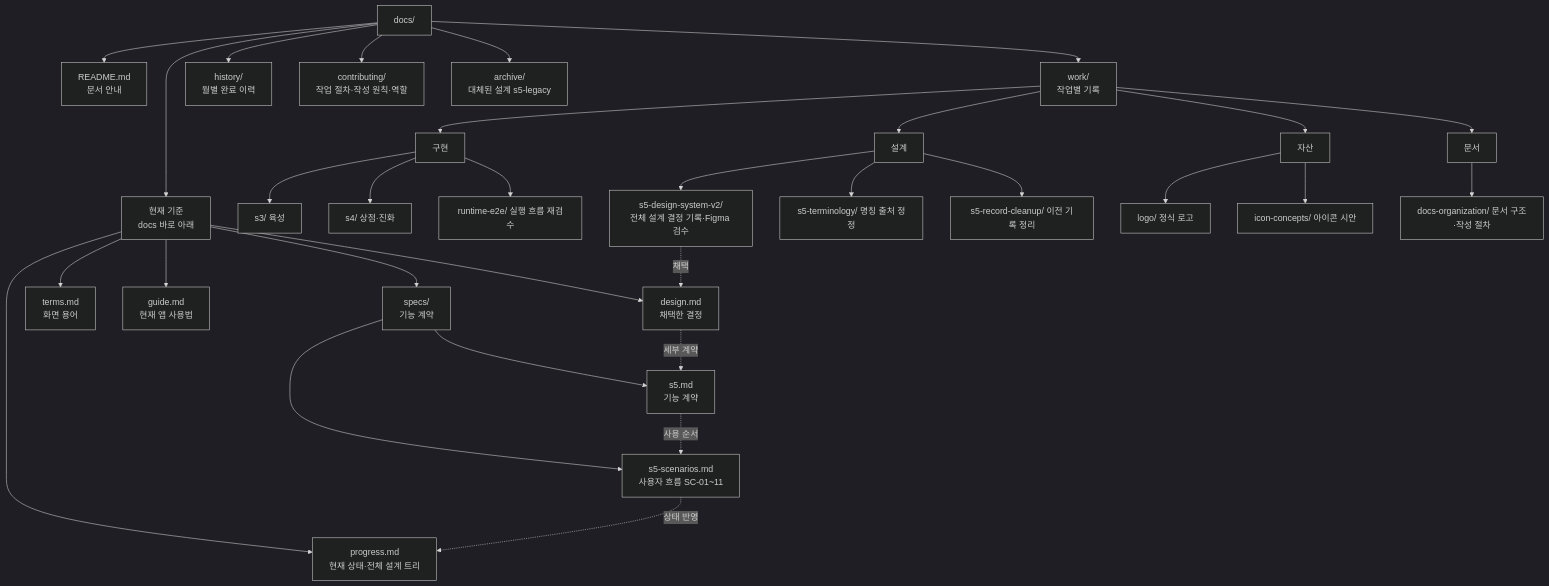
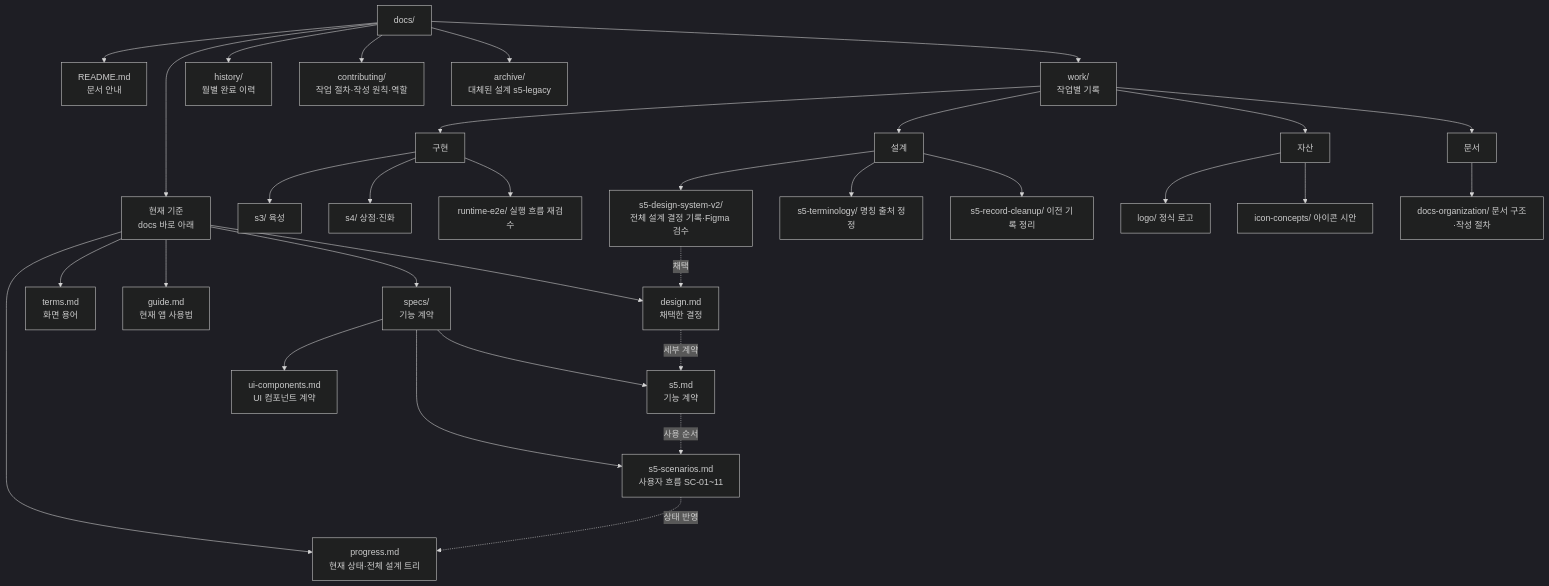
The diagram in docs/README.md (MilkLotion/terminal_pokemon), drawn with Mermaid (dark theme) before and after one commit. The commit also changed other lines of this file and 5 other files, not shown here.

````diff
--- a/docs/README.md
+++ b/docs/README.md
@@ -24,35 +25,36 @@
 ```mermaid
 flowchart TD
   D["docs/"]
   D --> R["README.md<br/>문서 안내"]
   D --> CUR["현재 기준<br/>docs 바로 아래"]
   CUR --> DES["design.md<br/>채택한 결정"]
   CUR --> PRO["progress.md<br/>현재 상태·전체 설계 트리"]
   CUR --> TER["terms.md<br/>화면 용어"]
   CUR --> GUI["guide.md<br/>현재 앱 사용법"]
   CUR --> SPE["specs/<br/>기능 계약"]
   SPE --> S5["s5.md<br/>기능 계약"]
   SPE --> SCN["s5-scenarios.md<br/>사용자 흐름 SC-01~11"]
+  SPE --> UIC["ui-components.md<br/>UI 컴포넌트 계약"]
   D --> WOR["work/<br/>작업별 기록"]
   WOR --> WI["구현"]
   WI --> W1["s3/ 육성"]
   WI --> W2["s4/ 상점·진화"]
   WI --> W3["runtime-e2e/ 실행 흐름 재검수"]
   WOR --> WD["설계"]
   WD --> W4["s5-design-system-v2/<br/>전체 설계 결정 기록·Figma 검수"]
   WD --> W5["s5-terminology/ 명칭 출처 정정"]
   WD --> W6["s5-record-cleanup/ 이전 기록 정리"]
   WOR --> WA["자산"]
   WA --> W7["logo/ 정식 로고"]
   WA --> W8["icon-concepts/ 아이콘 시안"]
   WOR --> WX["문서"]
   WX --> W9["docs-organization/ 문서 구조·작성 절차"]
   D --> HIS["history/<br/>월별 완료 이력"]
   D --> CON["contributing/<br/>작업 절차·작성 원칙·역할"]
   D --> ARC["archive/<br/>대체된 설계 s5-legacy"]
 
   W4 -. 채택 .-> DES
   DES -. 세부 계약 .-> S5
   S5 -. 사용 순서 .-> SCN
   SCN -. 상태 반영 .-> PRO
 ```
````
